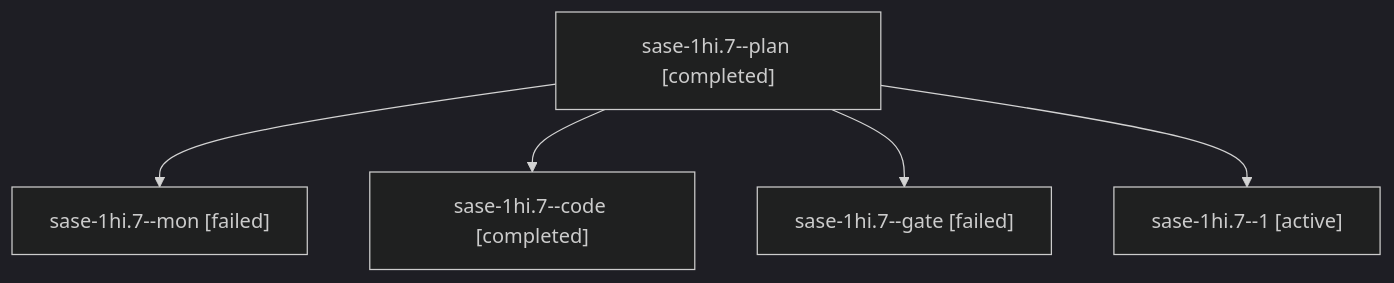
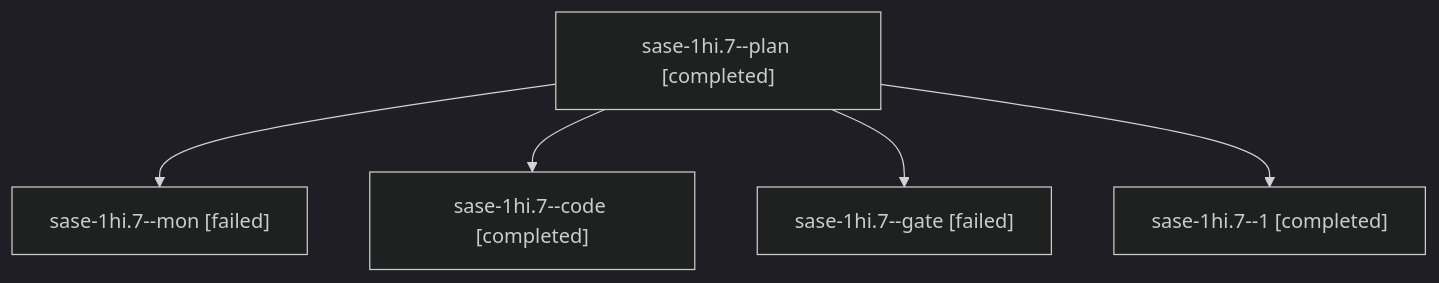
One commit to sase-org/sase--agents changed the diagram in sessions/bbugyi200.apollo.sase-1hi.7.md. Above: the diagram before and after it, drawn with Mermaid (dark theme). The commit also changed other lines of this file and 45 other files, not shown here.

````diff
--- a/sessions/bbugyi200.apollo.sase-1hi.7.md
+++ b/sessions/bbugyi200.apollo.sase-1hi.7.md
@@ -9,12 +9,12 @@
 ```mermaid
 flowchart TD
   n0["sase-1hi.7--plan [completed]"]
   n1["sase-1hi.7--mon [failed]"]
   n0 --> n1
   n2["sase-1hi.7--code [completed]"]
   n0 --> n2
   n3["sase-1hi.7--gate [failed]"]
   n0 --> n3
-  n4["sase-1hi.7--1 [active]"]
+  n4["sase-1hi.7--1 [completed]"]
   n0 --> n4
 ```
````
